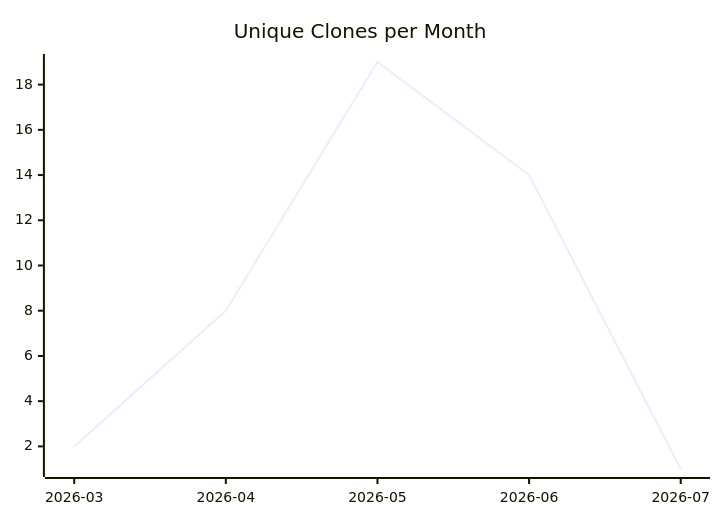
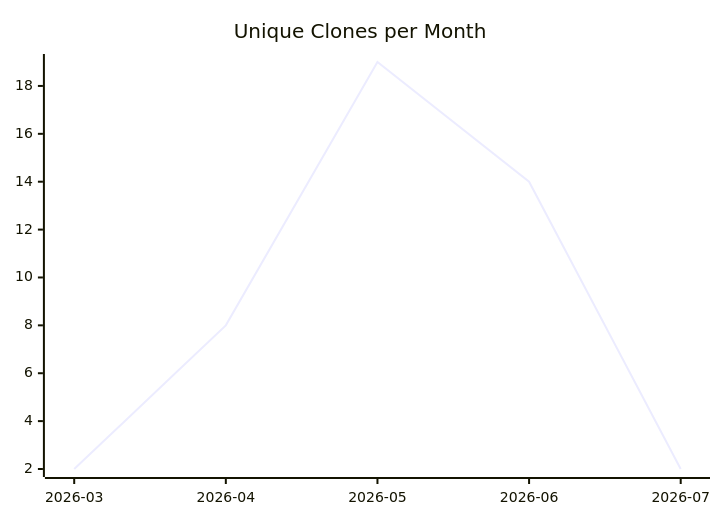
One commit to justdavis-family/github-analytics-data changed the third of 3 diagrams in karlmdavis/rps-tourney/README.md. Above: the diagram before and after it, drawn with Mermaid. The commit also changed other lines of this file and 193 other files, not shown here.

````diff
--- a/karlmdavis/rps-tourney/README.md
+++ b/karlmdavis/rps-tourney/README.md
@@ -19,6 +19,6 @@
 ```mermaid
 xychart-beta
   title "Unique Clones per Month"
   x-axis ["2026-03", "2026-04", "2026-05", "2026-06", "2026-07"]
-  line [2, 8, 19, 14, 1]
+  line [2, 8, 19, 14, 2]
 ```
````
